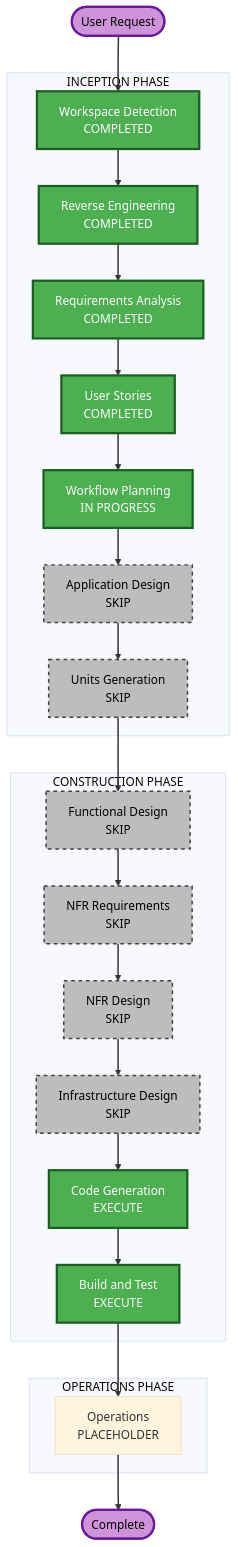
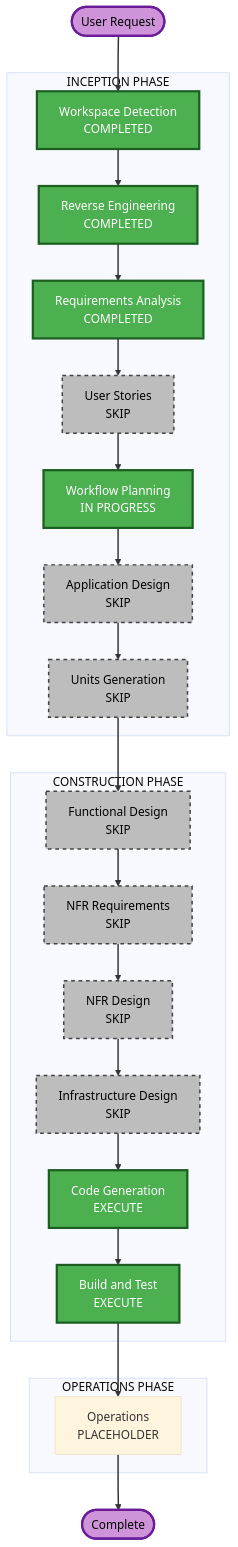
One commit to CHS-Training-Org/ai_training_for_chuo_system changed the diagram in Docs/spec/aidlc-docs/inception/plans/execution-plan.md. Above: the diagram before and after it, drawn with Mermaid (base theme). The commit also changed other lines of this file and 9 other files, not shown here.

````diff
--- a/Docs/spec/aidlc-docs/inception/plans/execution-plan.md
+++ b/Docs/spec/aidlc-docs/inception/plans/execution-plan.md
@@ -33,61 +33,61 @@
 ```mermaid
 flowchart TD
     Start(["User Request"])
 
     subgraph INCEPTION["INCEPTION PHASE"]
         WD["Workspace Detection<br/>COMPLETED"]
         RE["Reverse Engineering<br/>COMPLETED"]
         RA["Requirements Analysis<br/>COMPLETED"]
-        US["User Stories<br/>COMPLETED"]
+        US["User Stories<br/>SKIP"]
         WP["Workflow Planning<br/>IN PROGRESS"]
         AD["Application Design<br/>SKIP"]
         UG["Units Generation<br/>SKIP"]
     end
 
     subgraph CONSTRUCTION["CONSTRUCTION PHASE"]
         FD["Functional Design<br/>SKIP"]
         NFRA["NFR Requirements<br/>SKIP"]
         NFRD["NFR Design<br/>SKIP"]
         ID["Infrastructure Design<br/>SKIP"]
         CG["Code Generation<br/>EXECUTE"]
         BT["Build and Test<br/>EXECUTE"]
     end
 
     subgraph OPERATIONS["OPERATIONS PHASE"]
         OPS["Operations<br/>PLACEHOLDER"]
     end
 
     Start --> WD
     WD --> RE
     RE --> RA
     RA --> US
     US --> WP
     WP --> AD
     AD --> UG
     UG --> FD
     FD --> NFRA
     NFRA --> NFRD
     NFRD --> ID
     ID --> CG
     CG --> BT
     BT --> OPS
     OPS --> End(["Complete"])
 
     style WD fill:#4CAF50,stroke:#1B5E20,stroke-width:3px,color:#fff
     style RE fill:#4CAF50,stroke:#1B5E20,stroke-width:3px,color:#fff
     style RA fill:#4CAF50,stroke:#1B5E20,stroke-width:3px,color:#fff
-    style US fill:#4CAF50,stroke:#1B5E20,stroke-width:3px,color:#fff
+    style US fill:#BDBDBD,stroke:#424242,stroke-width:2px,stroke-dasharray: 5 5,color:#000
     style WP fill:#4CAF50,stroke:#1B5E20,stroke-width:3px,color:#fff
     style AD fill:#BDBDBD,stroke:#424242,stroke-width:2px,stroke-dasharray: 5 5,color:#000
     style UG fill:#BDBDBD,stroke:#424242,stroke-width:2px,stroke-dasharray: 5 5,color:#000
     style FD fill:#BDBDBD,stroke:#424242,stroke-width:2px,stroke-dasharray: 5 5,color:#000
     style NFRA fill:#BDBDBD,stroke:#424242,stroke-width:2px,stroke-dasharray: 5 5,color:#000
     style NFRD fill:#BDBDBD,stroke:#424242,stroke-width:2px,stroke-dasharray: 5 5,color:#000
     style ID fill:#BDBDBD,stroke:#424242,stroke-width:2px,stroke-dasharray: 5 5,color:#000
     style CG fill:#4CAF50,stroke:#1B5E20,stroke-width:3px,color:#fff
     style BT fill:#4CAF50,stroke:#1B5E20,stroke-width:3px,color:#fff
     style Start fill:#CE93D8,stroke:#6A1B9A,stroke-width:3px,color:#000
     style End fill:#CE93D8,stroke:#6A1B9A,stroke-width:3px,color:#000
 
     linkStyle default stroke:#333,stroke-width:2px
 ```
````
